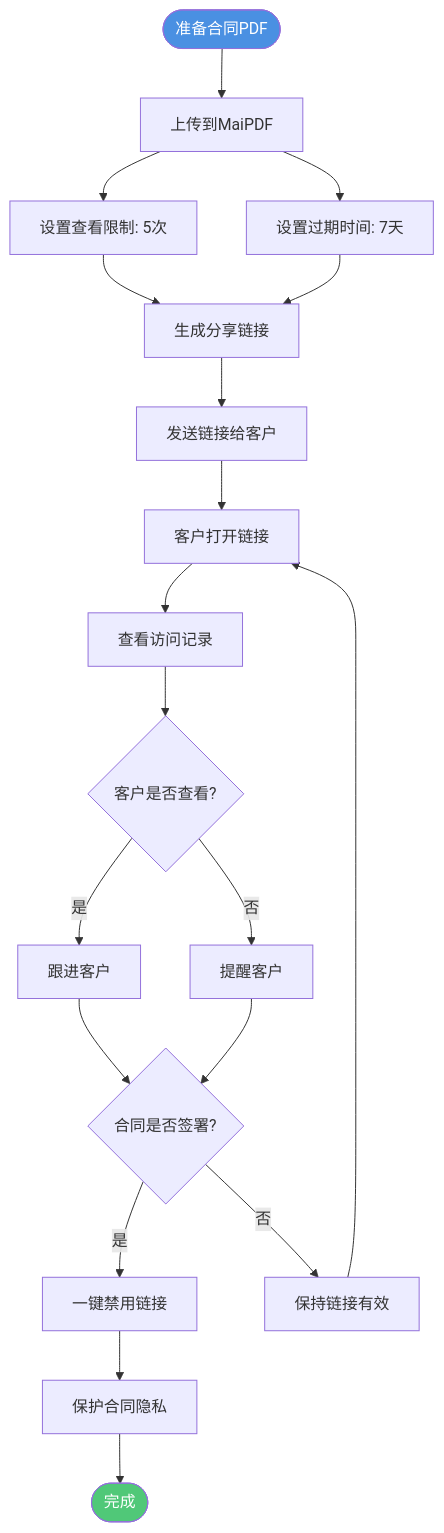
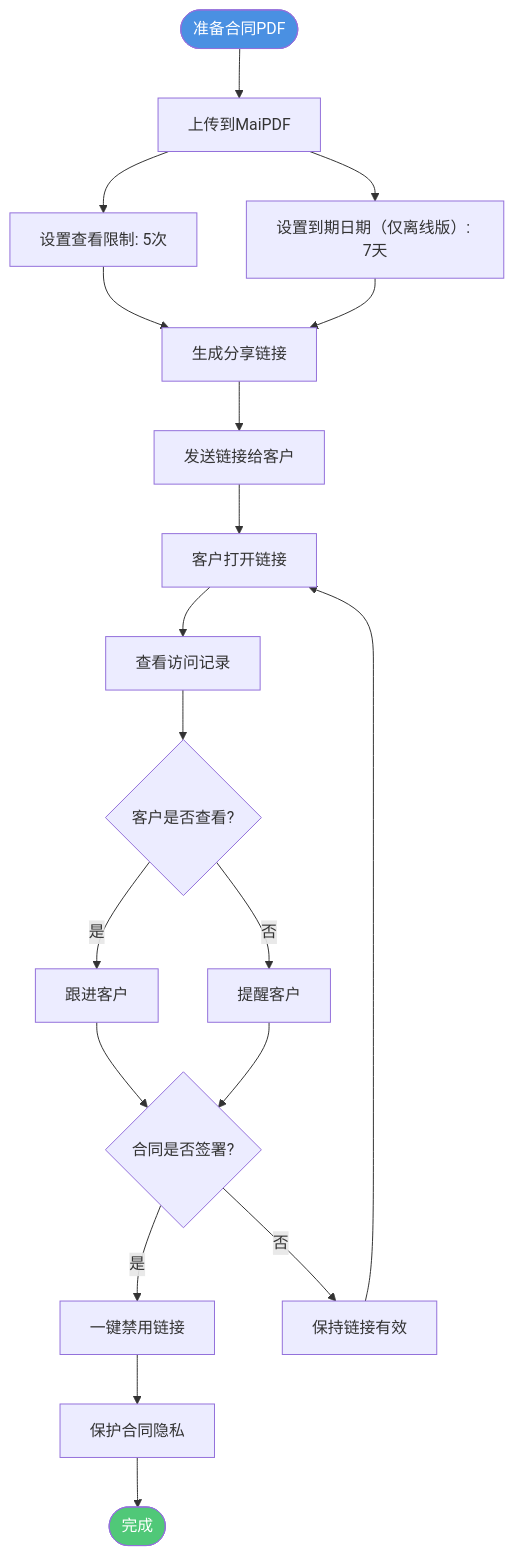
Before and after one commit to mythenigma/cloudflareAstro: the ninth of 12 diagrams in src/content/blog/cn/pdf-sharing-introduction.md, drawn with Mermaid. The commit also changed other lines of this file and 127 other files, not shown here.

````diff
--- a/src/content/blog/cn/pdf-sharing-introduction.md
+++ b/src/content/blog/cn/pdf-sharing-introduction.md
@@ -287,24 +289,24 @@
 ```mermaid
 flowchart TD
     Start([准备合同PDF]) --> A[上传到MaiPDF]
     A --> B[设置查看限制: 5次]
-    A --> C[设置过期时间: 7天]
+    A --> C[设置到期日期（仅离线版）: 7天]
     B --> D[生成分享链接]
     C --> D
     D --> E[发送链接给客户]
     E --> F[客户打开链接]
     F --> G[查看访问记录]
     G --> H{客户是否查看?}
     H -->|是| I[跟进客户]
     H -->|否| J[提醒客户]
     I --> K{合同是否签署?}
     J --> K
     K -->|是| L[一键禁用链接]
     K -->|否| M[保持链接有效]
     L --> N[保护合同隐私]
     N --> End([完成])
     M --> F
     
     style Start fill:#4A90E2,color:#fff
     style End fill:#50C878,color:#fff
 ```
````
